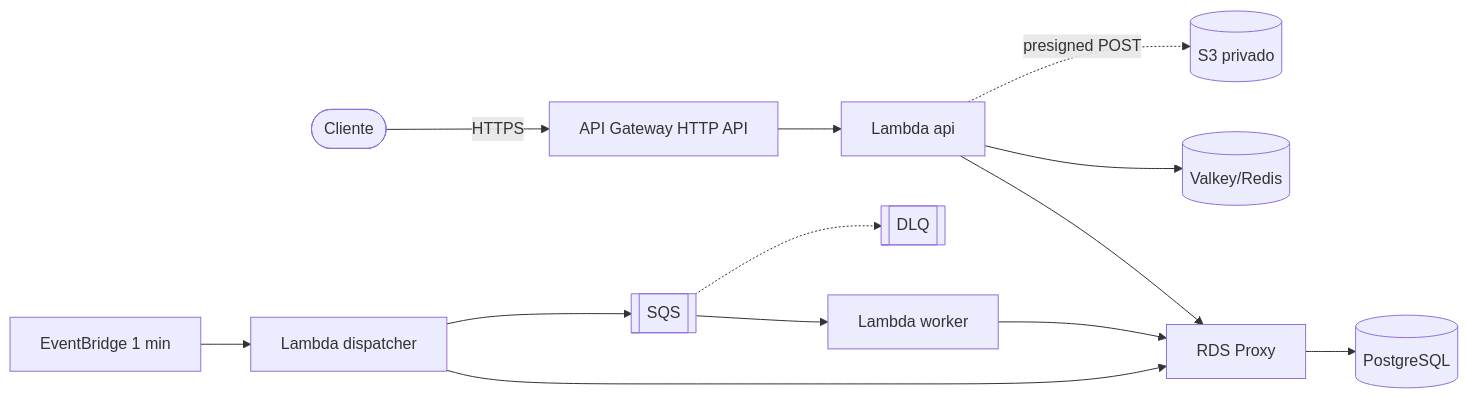
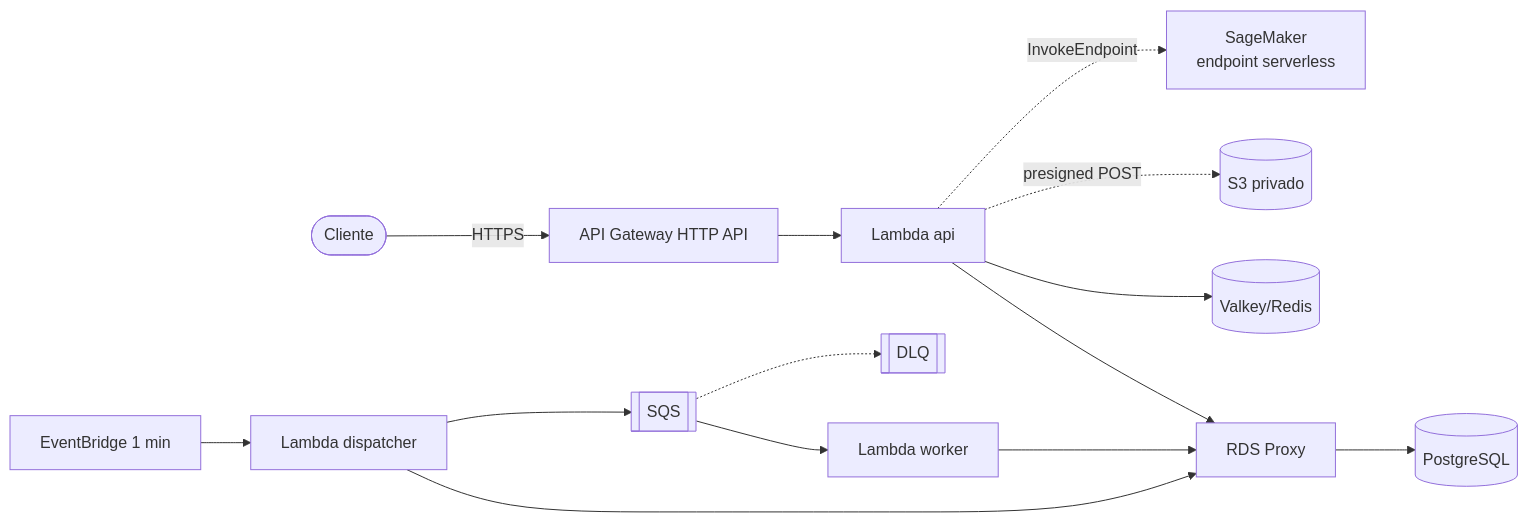
One commit to wasdevv/ecommerce-serverless changed the first of 3 diagrams in README.md. Above: the diagram before and after it, drawn with Mermaid. The commit also changed other lines of this file and 45 other files, not shown here.

First line of the commit message:
Recomendação de produtos com SageMaker Serverless

````diff
--- a/README.md
+++ b/README.md
@@ -71,12 +77,13 @@
 ```mermaid
 flowchart LR
   client([Cliente]) -->|HTTPS| apigw[API Gateway HTTP API]
   apigw --> api[Lambda api]
   api --> proxy[RDS Proxy] --> rds[(PostgreSQL)]
   api --> redis[(Valkey/Redis)]
   api -.->|presigned POST| s3[(S3 privado)]
   sched[EventBridge 1 min] --> disp[Lambda dispatcher]
   disp --> proxy
   disp --> sqs[[SQS]] --> worker[Lambda worker] --> proxy
   sqs -.-> dlq[[DLQ]]
+  api -.->|InvokeEndpoint| sm[SageMaker<br/>endpoint serverless]
 ```
````
